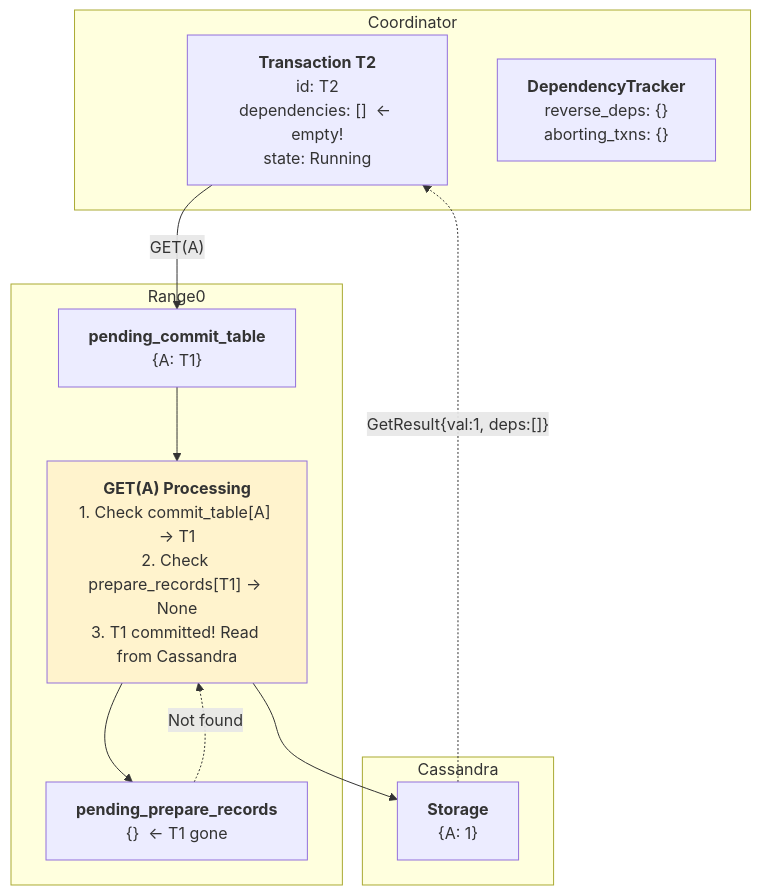
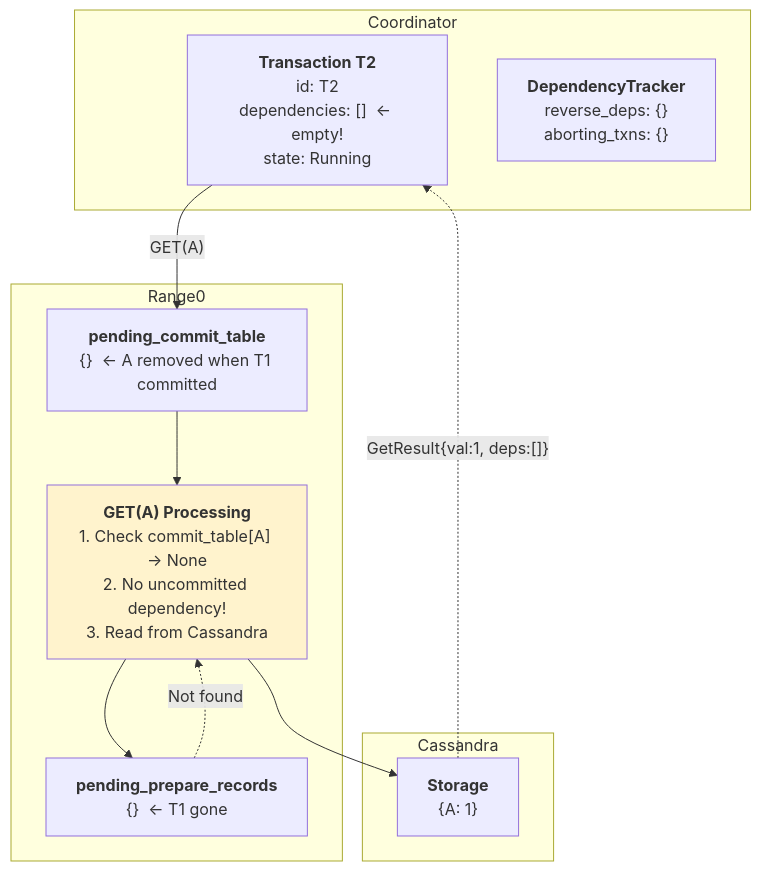
One commit to columbia/sangria changed the diagram in cascading_abort_experiment_results/happy_path/03_t2_get.md. Above: the diagram before and after it, drawn with Mermaid. The commit also changed other lines of this file and 4 other files, not shown here.

First line of the commit message:
Fix diagram inaccuracies for pending_commit_table behavior

````diff
--- a/cascading_abort_experiment_results/happy_path/03_t2_get.md
+++ b/cascading_abort_experiment_results/happy_path/03_t2_get.md
@@ -4,26 +4,26 @@
 ```mermaid
 graph TB
     subgraph "Coordinator"
         T2_State["<b>Transaction T2</b><br/>id: T2<br/>dependencies: []  ← empty!<br/>state: Running"]
         DepTracker3["<b>DependencyTracker</b><br/>reverse_deps: {}<br/>aborting_txns: {}"]
     end
 
     subgraph "Range0"
         PrepRec3["<b>pending_prepare_records</b><br/>{}  ← T1 gone"]
-        CommitTbl3["<b>pending_commit_table</b><br/>{A: T1}"]
-        Check["<b>GET(A) Processing</b><br/>1. Check commit_table[A] → T1<br/>2. Check prepare_records[T1] → None<br/>3. T1 committed! Read from Cassandra"]
+        CommitTbl3["<b>pending_commit_table</b><br/>{}  ← A removed when T1 committed"]
+        Check["<b>GET(A) Processing</b><br/>1. Check commit_table[A] → None<br/>2. No uncommitted dependency!<br/>3. Read from Cassandra"]
     end
 
     subgraph "Cassandra"
         Data["<b>Storage</b><br/>{A: 1}"]
     end
 
     T2_State -->|"GET(A)"| CommitTbl3
     CommitTbl3 --> Check
     Check --> PrepRec3
     PrepRec3 -.->|"Not found"| Check
     Check --> Data
     Data -.->|"GetResult{val:1, deps:[]}"| T2_State
 
     style Check fill:#fff3cd
 ```
````
